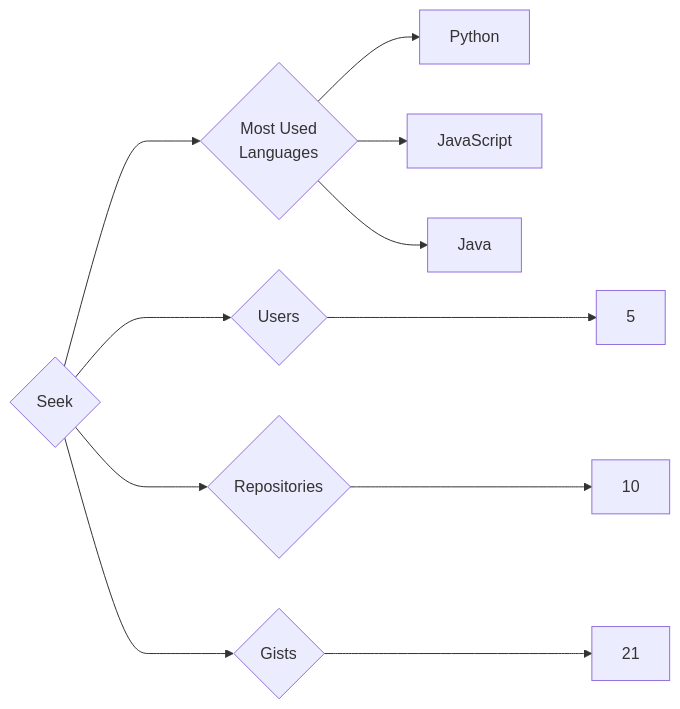
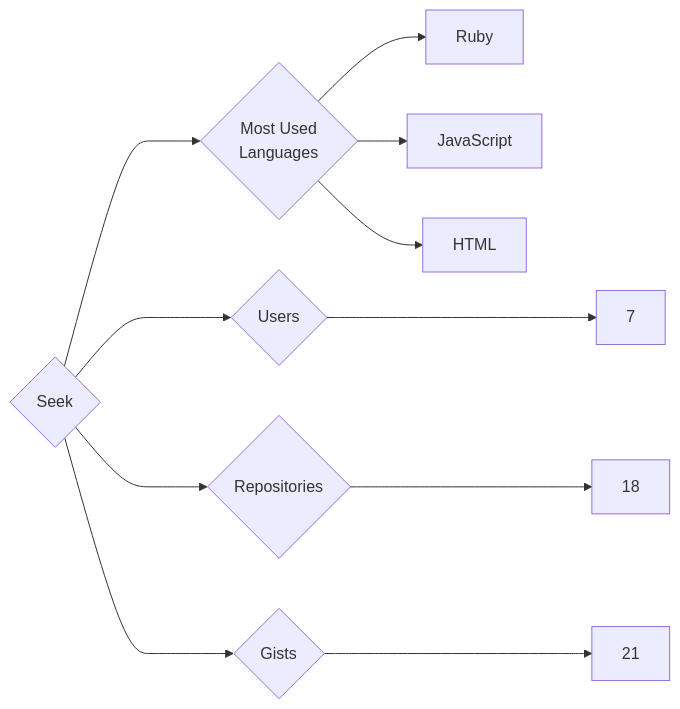
The diagram in targets/Seek/README.md (trickest/insiders), drawn with Mermaid before and after one commit. The commit also changed 1248 other files, not shown here.

````diff
--- a/targets/Seek/README.md
+++ b/targets/Seek/README.md
@@ -3,11 +3,11 @@
 ```mermaid
 graph LR
 COMPANY_NAME{Seek}
-COMPANY_NAME ---> U{Users} ---> UN[5]
-COMPANY_NAME ---> R{Repositories} ---> RN[10]
+COMPANY_NAME ---> U{Users} ---> UN[7]
+COMPANY_NAME ---> R{Repositories} ---> RN[18]
 COMPANY_NAME ---> G{Gists} ---> GN[21]
 COMPANY_NAME ---> ML{Most Used<br>Languages}
-ML --> Python[Python]
+ML --> Ruby[Ruby]
 ML --> JavaScript[JavaScript]
-ML --> Java[Java]
+ML --> HTML[HTML]
 ```
````
